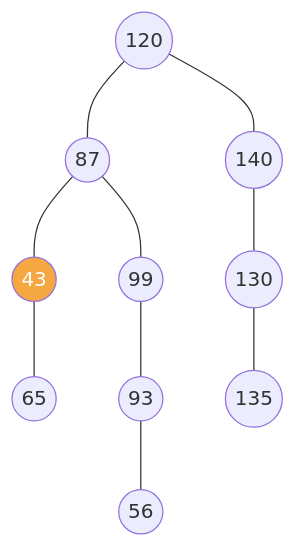
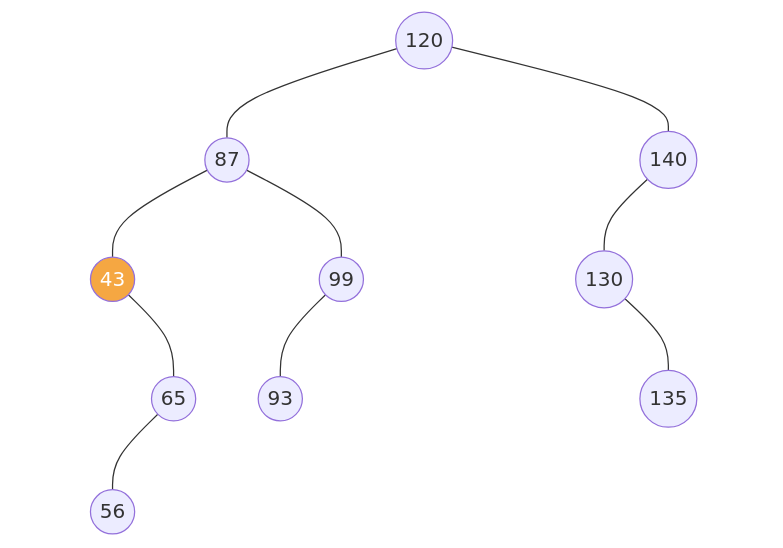
Before and after one commit to frijolitobandido/Guia_Matematica_Discreta: diagram 12 of 39 in 03-arboles.md, drawn with Mermaid. The commit also changed other lines of this file, not shown here.

````diff
--- a/03-arboles.md
+++ b/03-arboles.md
@@ -386,14 +397,21 @@
 ```mermaid
 graph TD
     n120((120)) --- n87((87))
     n120 --- n140((140))
     n87 --- n43((43))
     n87 --- n99((99))
     n140 --- n130((130))
+    n140 --- inv140[" "]:::invis
+    n43 --- inv43[" "]:::invis
     n43 --- n65((65))
     n99 --- n93((93))
+    n99 --- inv99[" "]:::invis
+    n130 --- inv130[" "]:::invis
     n130 --- n135((135))
-    n93 --- n56((56))
+    n65 --- n56((56))
+    n65 --- inv65[" "]:::invis
 
+    classDef invis fill:none,stroke:none,color:none
     style n43 fill:#f5a742,color:#fff
+    linkStyle 5,6,9,10,13 stroke:none;
 ```
````
